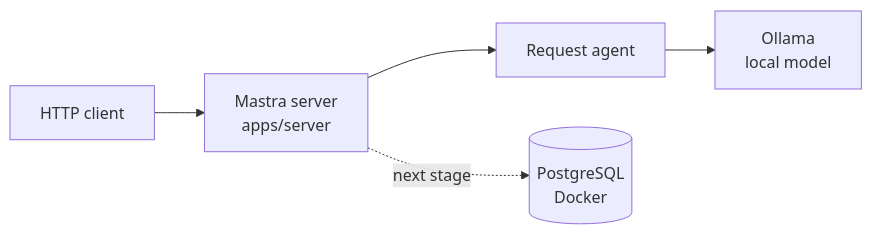
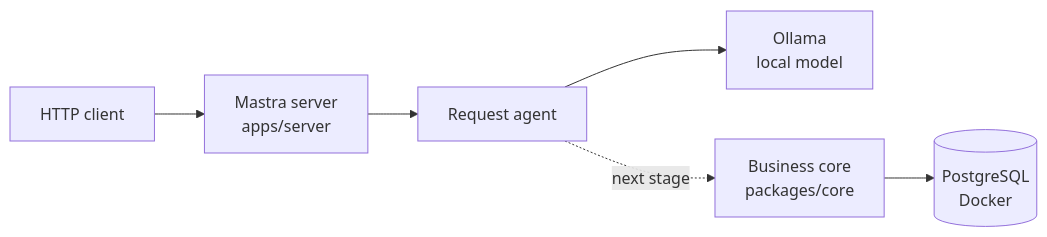
The diagram in README.md (Alvi16/Request-agent), drawn with Mermaid before and after one commit. The commit also changed other lines of this file, not shown here.

````diff
--- a/README.md
+++ b/README.md
@@ -25,7 +25,8 @@
 ```mermaid
 flowchart LR
     Client[HTTP client] --> Server["Mastra server<br/>apps/server"]
     Server --> Agent[Request agent]
     Agent --> Ollama["Ollama<br/>local model"]
-    Server -. next stage .-> Postgres[("PostgreSQL<br/>Docker")]
+    Core["Business core<br/>packages/core"] --> Postgres[("PostgreSQL<br/>Docker")]
+    Agent -. next stage .-> Core
 ```
````
